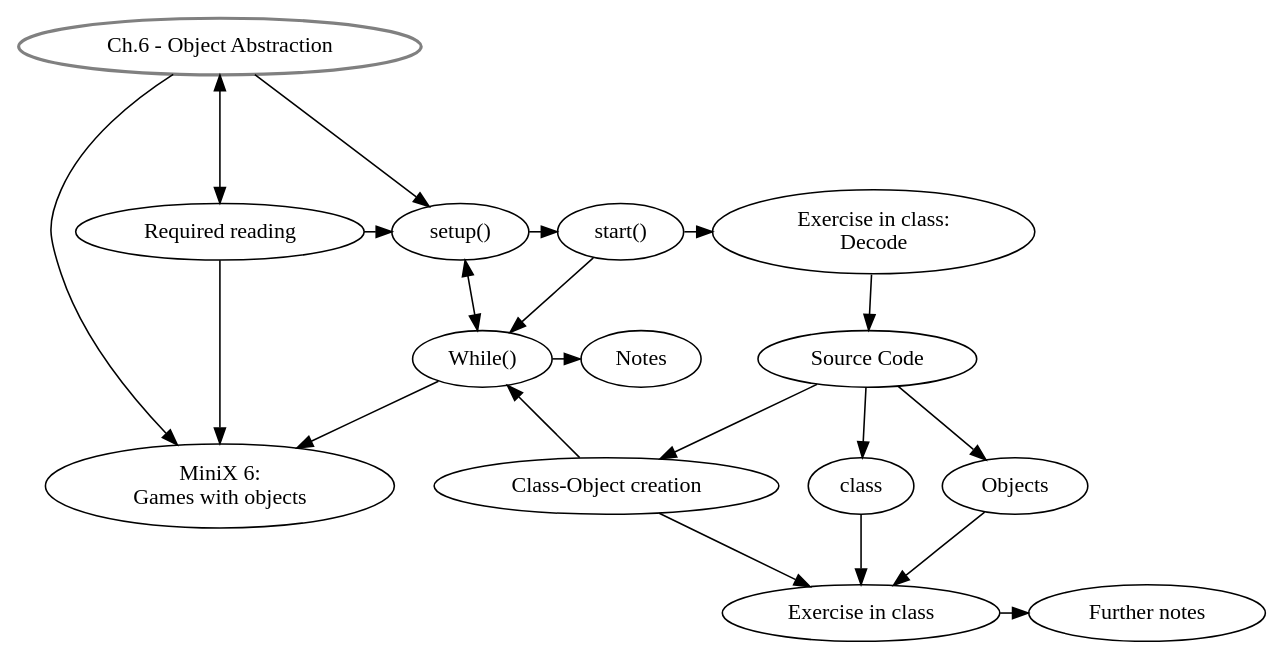
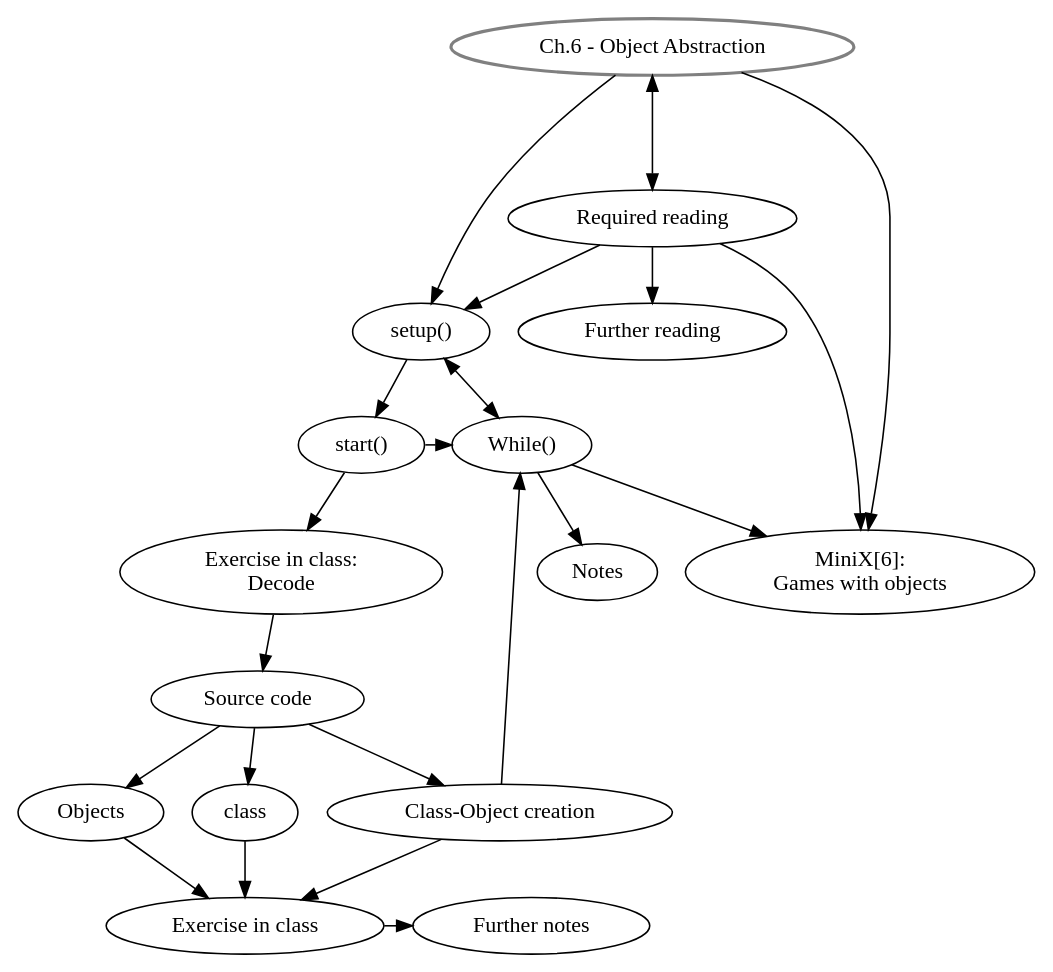
The diagram in graphviz/AP_ch6.dot (danbz/aesthetic-programming), drawn with Graphviz before and after one commit. The commit also changed 5 other files, not shown here.

Commit message:
update graphviz

```diff
--- a/graphviz/AP_ch6.dot
+++ b/graphviz/AP_ch6.dot
@@ -1,41 +1,40 @@
 digraph G {
 //labels
 GS [
 label="Ch.6 - Object Abstraction",
 style=bold,
 color=grey,
 ]
 
 SU [label="setup()"]
 ST [label="start()"]
 DE [label="Exercise in class: \nDecode"]
-SC [label="Source Code"]
+SC [label="Source code"]
 CL [label="class"]
 OO [label="Objects"]
 COC [label="Class-Object creation"]
 EiC [label="Exercise in class"]
 FN [label="Further notes"]
 MW [label="While()"]
-MX [label="MiniX 6: \nGames with objects"]
+MX [label="MiniX[6]: \nGames with objects"]
 RR [label="Required reading"]
+FR [label="Further reading"]
 Notes [label="Notes"]
 
 //rank
-{rank = same; SU, ST, DE}
-{rank = same; RR, DE}
-{rank = same; CL, OO, COC}
-{rank = same; CL, MX}
-{rank = same; EiC, FN}
-{rank = same; MW, Notes}
+{rank = same; EiC,FN}
+{rank = same; MX,DE}
+{rank = same; MW,ST}
 
 //graph
 GS -> SU -> ST -> DE -> SC;
 GS -> MX;
 GS -> RR[dir=both, minlen=2];
 SU -> MW [dir=both];
 RR -> MX, SU;
 SC -> {CL, OO, COC} -> EiC -> FN;
 ST -> MW -> Notes;
 MW -> MX;
 COC -> MW;
+RR -> FR;
 }
```
